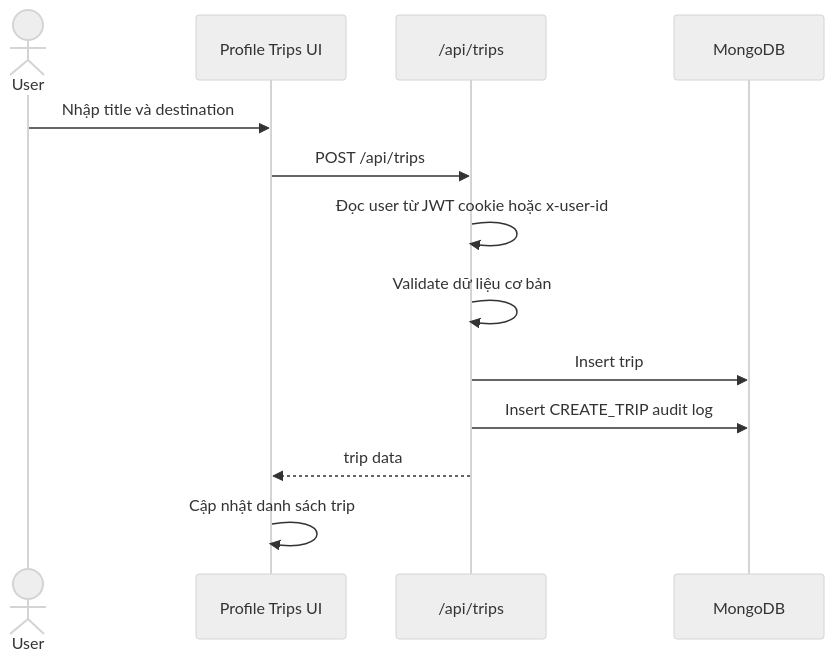
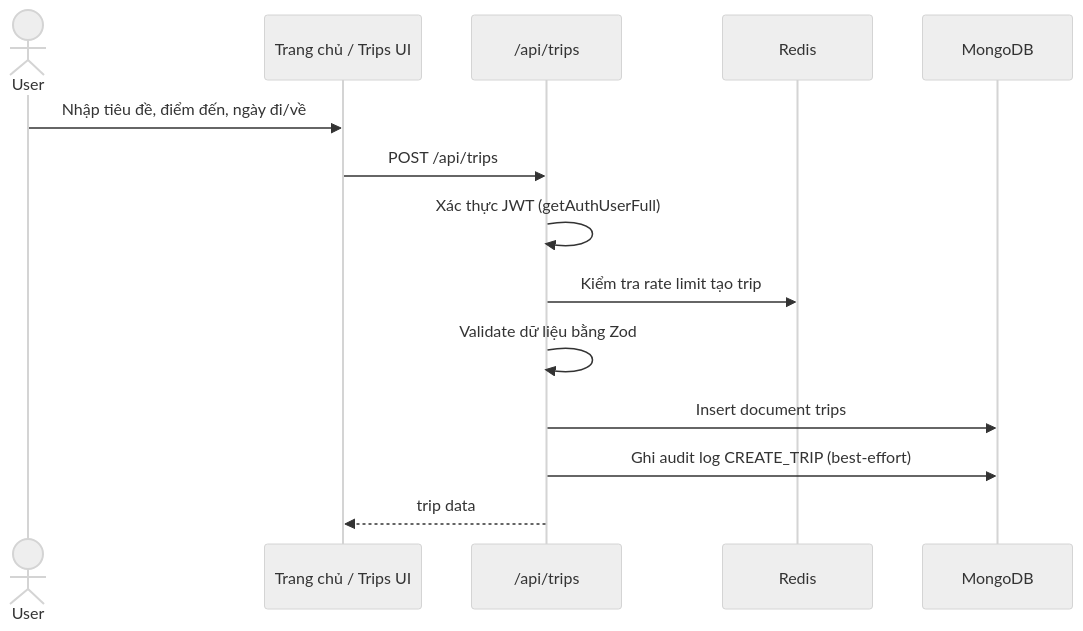
Before and after one commit to NguyenHoangPhuong275/dattcnpm: the third of 5 diagrams in docs/04_SEQUENCE.md, drawn with Mermaid (neutral theme). The commit also changed other lines of this file and 192 other files, not shown here.

````diff
--- a/docs/04_SEQUENCE.md
+++ b/docs/04_SEQUENCE.md
@@ -98,16 +65,17 @@
 ```mermaid
 sequenceDiagram
     actor User
-    participant UI as Profile Trips UI
+    participant UI as Trang chủ / Trips UI
     participant API as /api/trips
+    participant Redis as Redis
     participant Mongo as MongoDB
 
-    User->>UI: Nhập title và destination
+    User->>UI: Nhập tiêu đề, điểm đến, ngày đi/về
     UI->>API: POST /api/trips
-    API->>API: Đọc user từ JWT cookie hoặc x-user-id
-    API->>API: Validate dữ liệu cơ bản
-    API->>Mongo: Insert trip
-    API->>Mongo: Insert CREATE_TRIP audit log
+    API->>API: Xác thực JWT (getAuthUserFull)
+    API->>Redis: Kiểm tra rate limit tạo trip
+    API->>API: Validate dữ liệu bằng Zod
+    API->>Mongo: Insert document trips
+    API->>Mongo: Ghi audit log CREATE_TRIP (best-effort)
     API-->>UI: trip data
-    UI->>UI: Cập nhật danh sách trip
 ```
````
